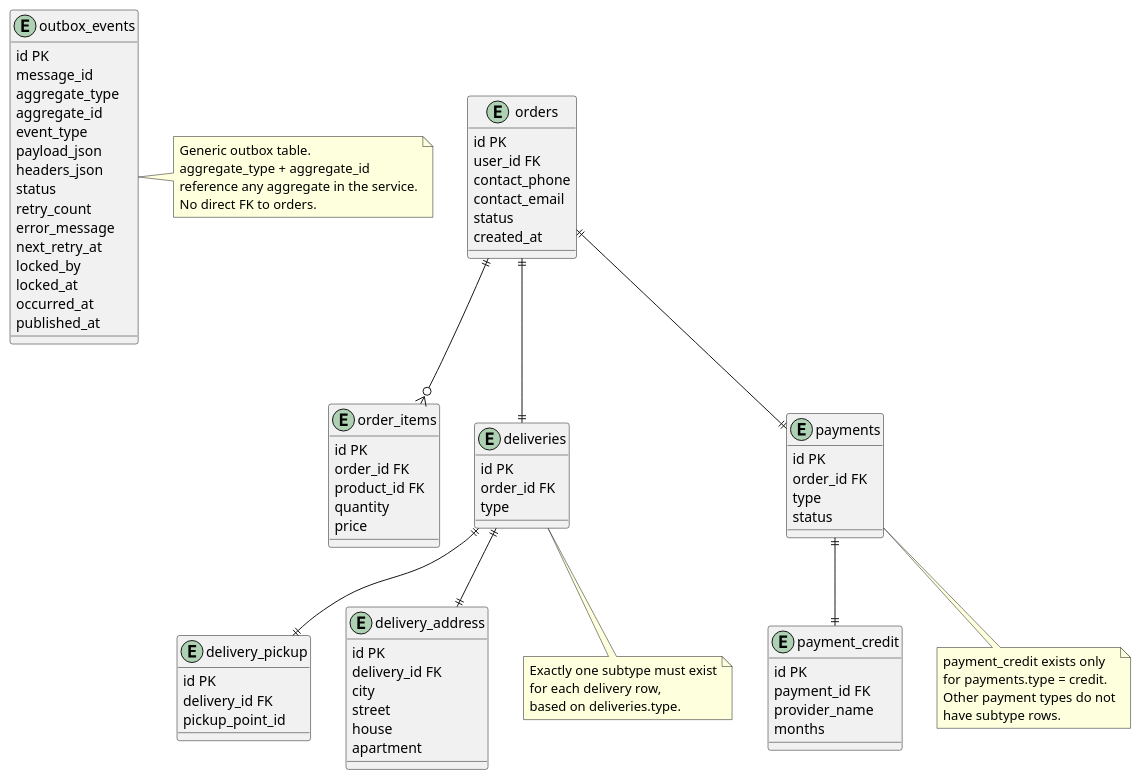
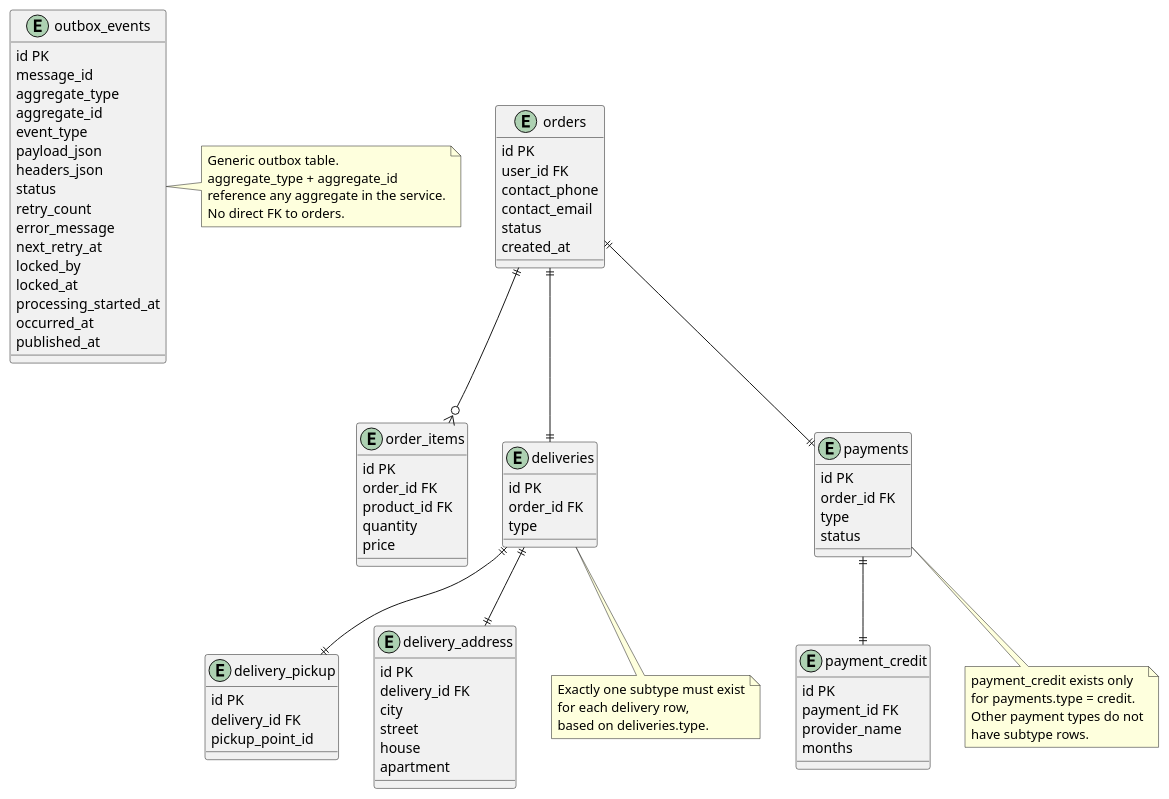
One commit to robotateme/order-service-design changed the diagram in database.puml. Above: the diagram before and after it, drawn with PlantUML. The commit also changed 3 other files, not shown here.

```diff
--- a/database.puml
+++ b/database.puml
@@ -1,101 +1,102 @@
 @startuml
 entity orders {
 id PK
 user_id FK
 contact_phone
 contact_email
 status
 created_at
 }
 
 entity order_items {
 id PK
 order_id FK
 product_id FK
 quantity
 price
 }
 
 entity deliveries {
 id PK
 order_id FK
 type
 }
 
 entity delivery_pickup {
 id PK
 delivery_id FK
 pickup_point_id
 }
 
 entity delivery_address {
 id PK
 delivery_id FK
 city
 street
 house
 apartment
 }
 
 entity payments {
 id PK
 order_id FK
 type
 status
 }
 
 entity payment_credit {
 id PK
 payment_id FK
 provider_name
 months
 }
 
 entity outbox_events {
 id PK
 message_id
 aggregate_type
 aggregate_id
 event_type
 payload_json
 headers_json
 status
 retry_count
 error_message
 next_retry_at
 locked_by
 locked_at
+processing_started_at
 occurred_at
 published_at
 }
 
 orders ||--o{ order_items
 orders ||--|| deliveries
 orders ||--|| payments
 
 deliveries ||--|| delivery_pickup
 deliveries ||--|| delivery_address
 
 payments ||--|| payment_credit
 
 note right of outbox_events
 Generic outbox table.
 aggregate_type + aggregate_id
 reference any aggregate in the service.
 No direct FK to orders.
 end note
 
 note bottom of deliveries
 Exactly one subtype must exist
 for each delivery row,
 based on deliveries.type.
 end note
 
 note bottom of payments
 payment_credit exists only
 for payments.type = credit.
 Other payment types do not
 have subtype rows.
 end note
 
 @enduml
```
